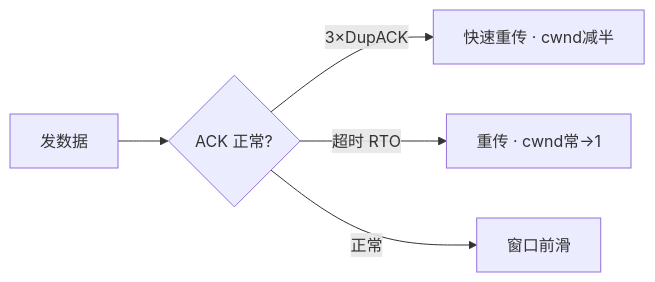
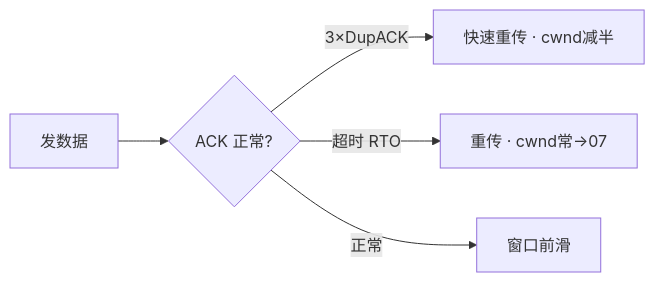
Before and after one commit to ml-cuizijun/LearnToLilith: the fourth of 5 diagrams in 01-基础底座/13-TCP与UDP/知识点.md, drawn with Mermaid. The commit also changed other lines of this file and 56 other files, not shown here.

````diff
--- a/01-基础底座/13-TCP与UDP/知识点.md
+++ b/01-基础底座/13-TCP与UDP/知识点.md
@@ -516,7 +516,7 @@
 ```mermaid
 flowchart LR
     A[发数据] --> B{ACK 正常?}
     B -->|3×DupACK| C[快速重传 · cwnd减半]
-    B -->|超时 RTO| D[重传 · cwnd常→1]
+    B -->|超时 RTO| D[重传 · cwnd常→07]
     B -->|正常| E[窗口前滑]
 ```
````
